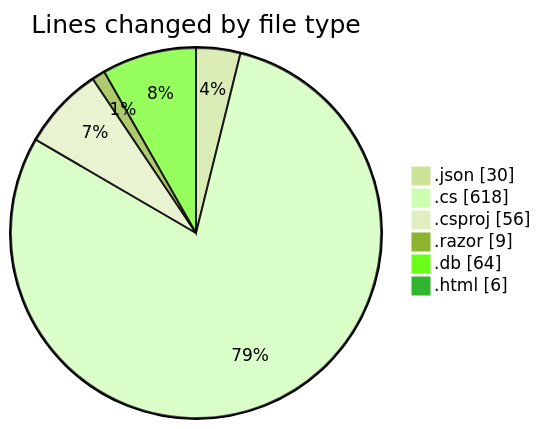
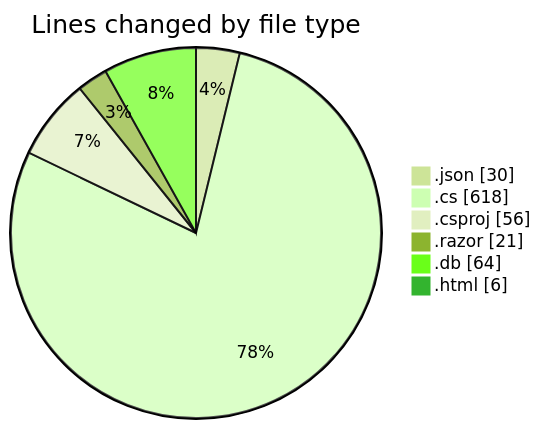
Before and after one commit to Netris89/code-tracking: the first of 2 diagrams in 2025-04-05/schoolmanagement/README.md, drawn with Mermaid (forest theme). The commit also changed other lines of this file and 1 other file, not shown here.

````diff
--- a/2025-04-05/schoolmanagement/README.md
+++ b/2025-04-05/schoolmanagement/README.md
@@ -37,10 +39,10 @@
 ```mermaid
 pie showData
 title Lines changed by file type
 ".json" : 30
 ".cs" : 618
 ".csproj" : 56
-".razor" : 9
+".razor" : 21
 ".db" : 64
 ".html" : 6
 ```
````
